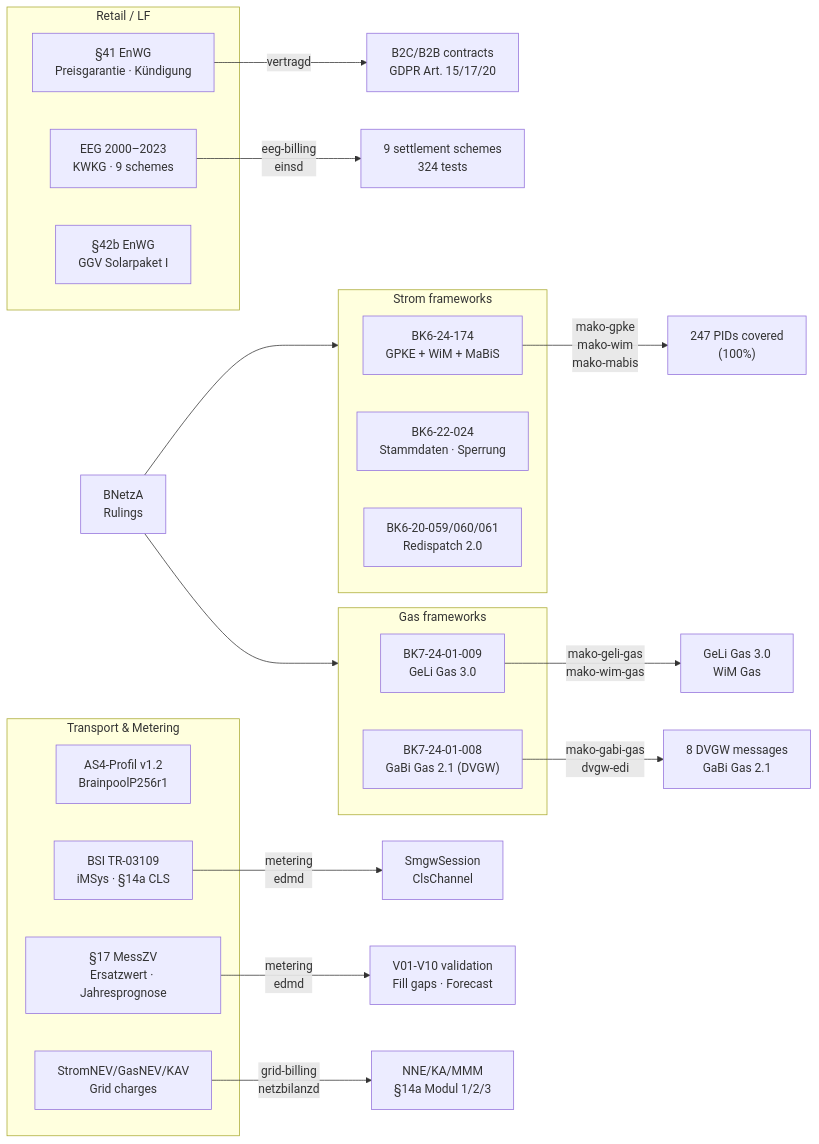
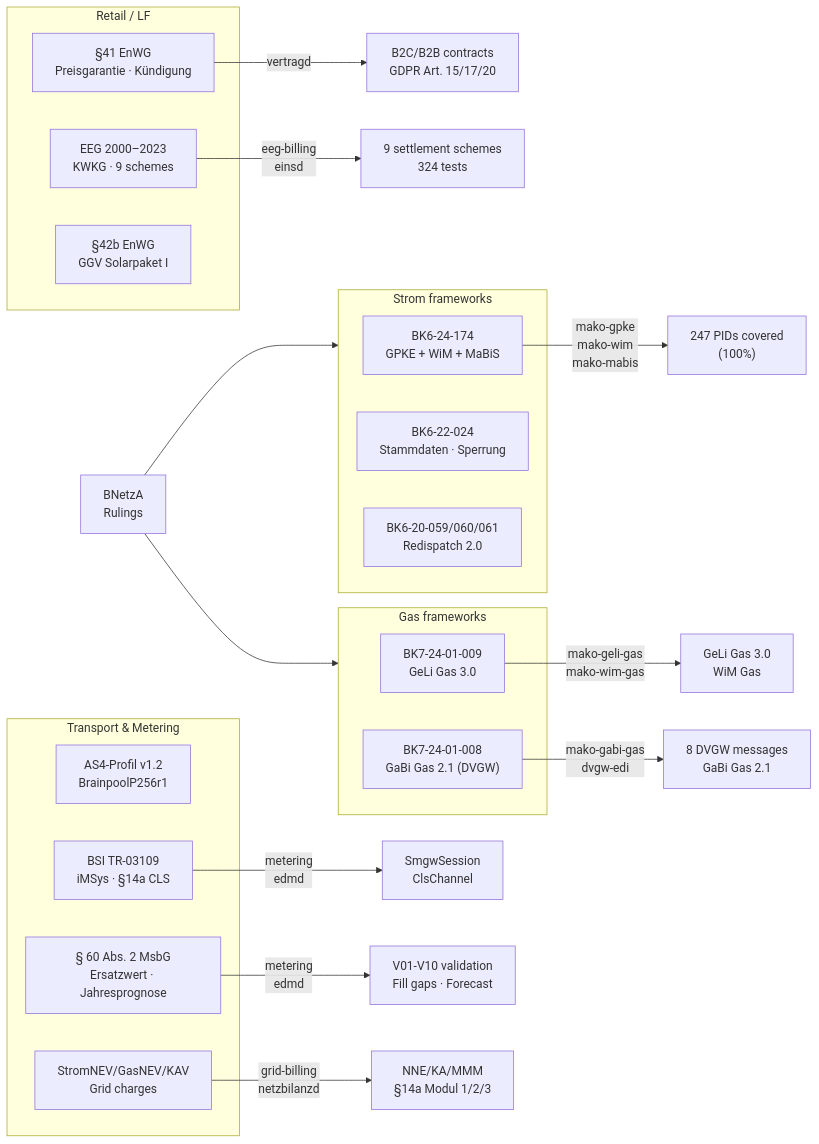
The diagram in docs/regulatory.md (hupe1980/mako), drawn with Mermaid before and after one commit. The commit also changed other lines of this file and 118 other files, not shown here.

````diff
--- a/docs/regulatory.md
+++ b/docs/regulatory.md
@@ -29,40 +29,40 @@
 ```mermaid
 graph LR
     BNetzA["BNetzA\nRulings"]
 
     subgraph strom ["Strom frameworks"]
         BK6_24["BK6-24-174\nGPKE + WiM + MaBiS"]
         BK6_22["BK6-22-024\nStammdaten · Sperrung"]
         BK6_20["BK6-20-059/060/061\nRedispatch 2.0"]
     end
 
     subgraph gas ["Gas frameworks"]
         BK7_24["BK7-24-01-009\nGeLi Gas 3.0"]
         BK7_14["BK7-24-01-008\nGaBi Gas 2.1 (DVGW)"]
     end
 
     subgraph retail ["Retail / LF"]
         ENW41["§41 EnWG\nPreisgarantie · Kündigung"]
         EEG["EEG 2000–2023\nKWKG · 9 schemes"]
         SOLA["§42b EnWG\nGGV Solarpaket I"]
     end
 
     subgraph transport ["Transport & Metering"]
         AS4["AS4-Profil v1.2\nBrainpoolP256r1"]
         BSI["BSI TR-03109\niMSys · §14a CLS"]
-        MessZV["§17 MessZV\nErsatzwert · Jahresprognose"]
+        MsbG["§ 60 Abs. 2 MsbG\nErsatzwert · Jahresprognose"]
         NNNEV["StromNEV/GasNEV/KAV\nGrid charges"]
     end
 
     BNetzA --> strom
     BNetzA --> gas
 
     BK6_24 -->|"mako-gpke\nmako-wim\nmako-mabis"| GPKE_impl["247 PIDs covered\n(100%)"]
     BK7_24 -->|"mako-geli-gas\nmako-wim-gas"| GAS_impl["GeLi Gas 3.0\nWiM Gas"]
     BK7_14 -->|"mako-gabi-gas\ndvgw-edi"| DVGW_impl["8 DVGW messages\nGaBi Gas 2.1"]
     ENW41 -->|"vertragd"| LF_impl["B2C/B2B contracts\nGDPR Art. 15/17/20"]
     EEG -->|"eeg-billing\neinsd"| EEG_impl["9 settlement schemes\n324 tests"]
     BSI -->|"metering\nedmd"| IOT_impl["SmgwSession\nClsChannel"]
-    MessZV -->|"metering\nedmd"| SUB_impl["V01-V10 validation\nFill gaps · Forecast"]
+    MsbG -->|"metering\nedmd"| SUB_impl["V01-V10 validation\nFill gaps · Forecast"]
     NNNEV -->|"grid-billing\nnetzbilanzd"| NNE_impl["NNE/KA/MMM\n§14a Modul 1/2/3"]
 ```
````
